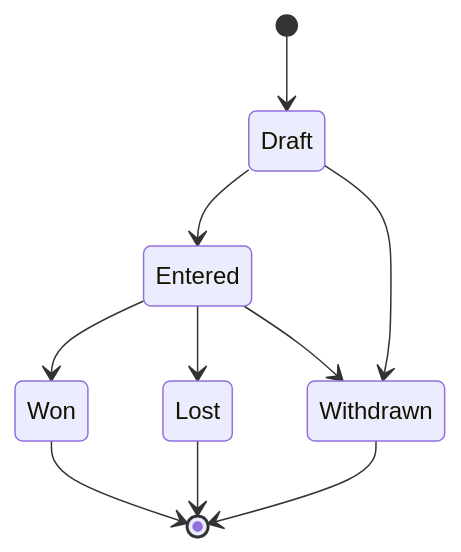
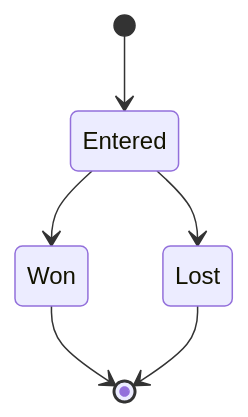
The second of 2 diagrams in openspec/specs/components/entity/lottery-entry/spec.md (liverty-music/specification), drawn with Mermaid before and after one commit. The commit also changed other lines of this file and 76 other files, not shown here.

````diff
--- a/openspec/specs/components/entity/lottery-entry/spec.md
+++ b/openspec/specs/components/entity/lottery-entry/spec.md
@@ -25,12 +25,8 @@
 ```mermaid
 stateDiagram-v2
-  [*] --> Draft
-  Draft --> Entered
-  Draft --> Withdrawn
+  [*] --> Entered
   Entered --> Won
   Entered --> Lost
-  Entered --> Withdrawn
   Won --> [*]
   Lost --> [*]
-  Withdrawn --> [*]
 ```
````
